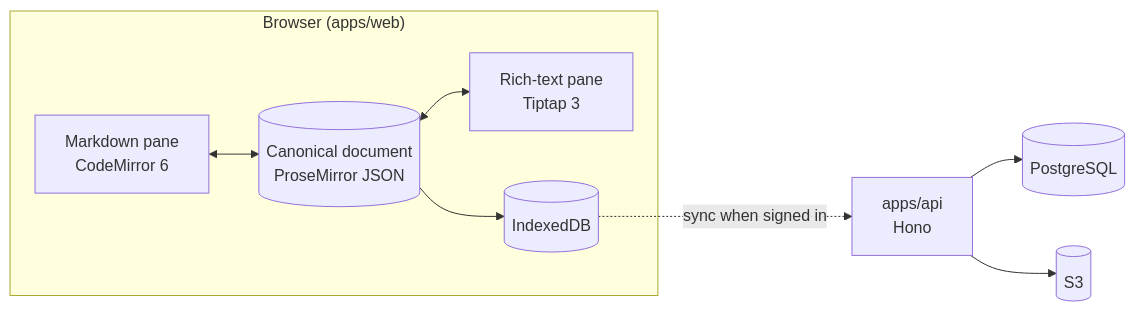
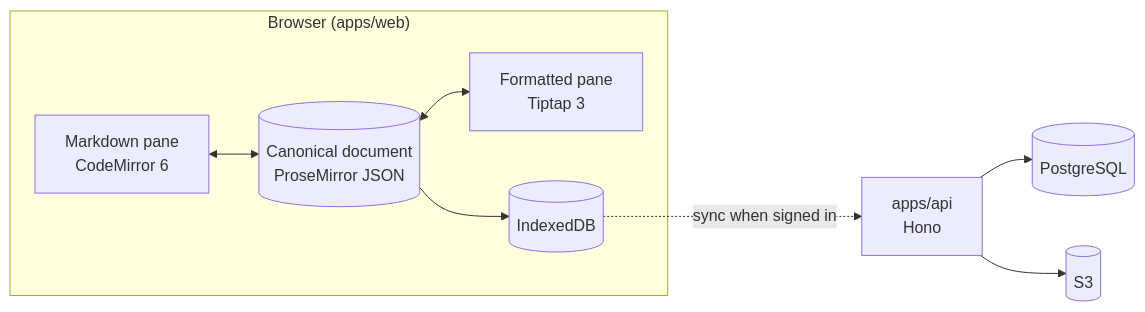
Before and after one commit to Perssonify/Markdown-Studio: the diagram in README.md, drawn with Mermaid. The commit also changed other lines of this file, not shown here.

````diff
--- a/README.md
+++ b/README.md
@@ -107,11 +172,11 @@
 ```mermaid
 flowchart LR
   subgraph browser["Browser (apps/web)"]
     md["Markdown pane<br/>CodeMirror 6"] <--> canon[("Canonical document<br/>ProseMirror JSON")]
-    canon <--> rich["Rich-text pane<br/>Tiptap 3"]
+    canon <--> rich["Formatted pane<br/>Tiptap 3"]
     canon --> idb[("IndexedDB")]
   end
   idb -. sync when signed in .-> api["apps/api<br/>Hono"]
   api --> pg[("PostgreSQL")]
   api --> s3[("S3")]
 ```
````
